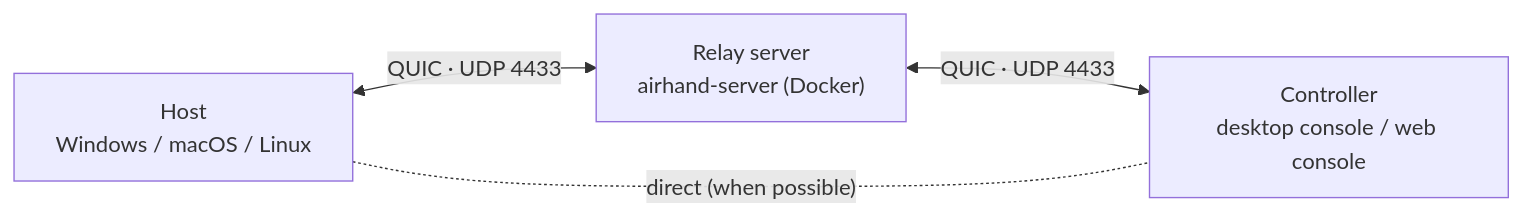
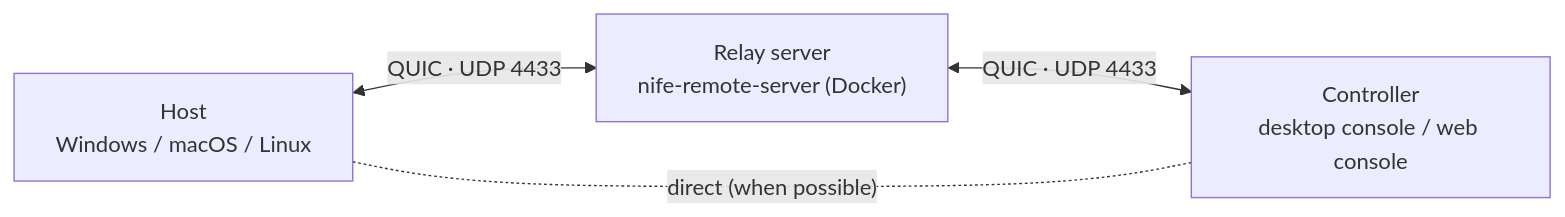
Before and after one commit to OliverMao/nife-remote: the diagram in README.md, drawn with Mermaid. The commit also changed other lines of this file and 178 other files, not shown here.

First line of the commit message:
refactor: 项目重命名为 Nife Remote 并将版本降至 0.0.1

````diff
--- a/README.md
+++ b/README.md
@@ -58,9 +58,9 @@
 ```mermaid
 flowchart LR
     host["Host<br>Windows / macOS / Linux"]
-    relay["Relay server<br>airhand-server (Docker)"]
+    relay["Relay server<br>nife-remote-server (Docker)"]
     ctrl["Controller<br>desktop console / web console"]
     host <-->|"QUIC · UDP 4433"| relay
     relay <-->|"QUIC · UDP 4433"| ctrl
     host -. "direct (when possible)" .- ctrl
 ```
````
